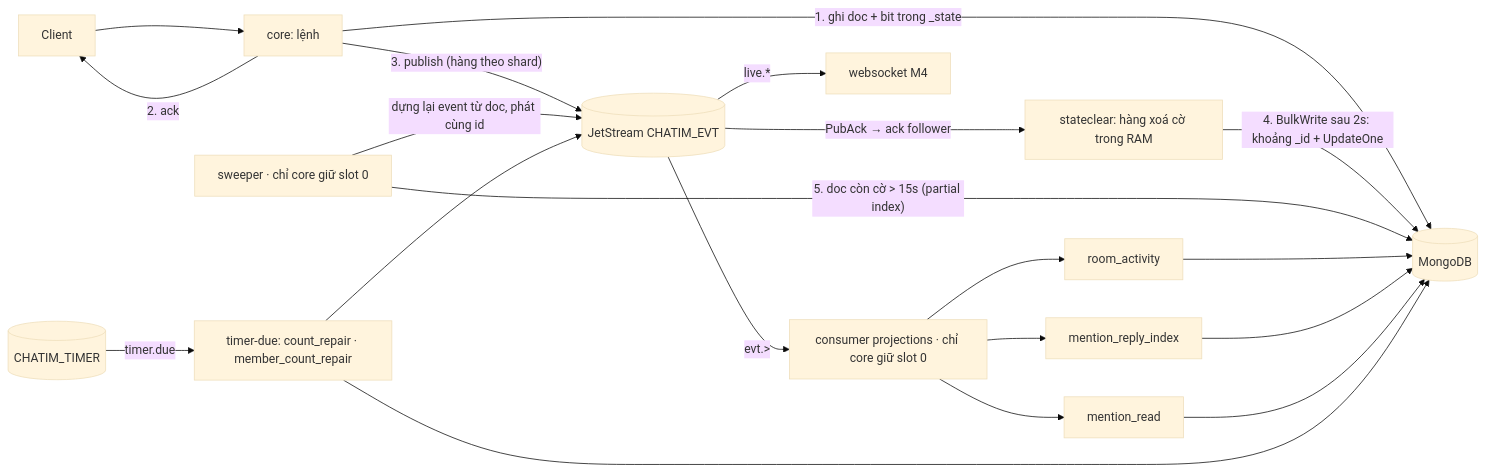
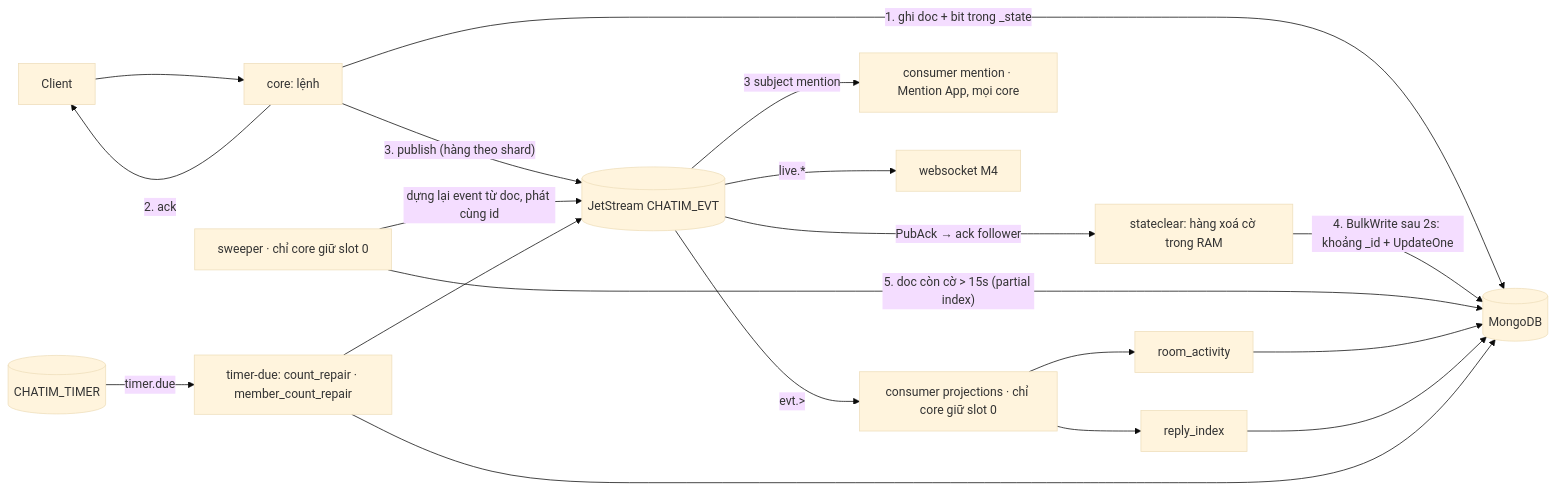
Before and after one commit to ivannguyendev/chatim: the first of 2 diagrams in docs/modules/10-feature-data-reconciliation-and-repair.md, drawn with Mermaid (base theme). The commit also changed other lines of this file and 12 other files, not shown here.

First line of the commit message:
docs: record Mention App as built

````diff
--- a/docs/modules/10-feature-data-reconciliation-and-repair.md
+++ b/docs/modules/10-feature-data-reconciliation-and-repair.md
@@ -25,18 +25,19 @@
 ```mermaid
 flowchart LR
   C[Client] --> G[core: lệnh]
   G -- "1. ghi doc + bit trong _state" --> DB[(MongoDB)]
   G -- "2. ack" --> C
   G -- "3. publish (hàng theo shard)" --> EVT[(JetStream CHATIM_EVT)]
   EVT -- "PubAck → ack follower" --> Q[stateclear: hàng xoá cờ trong RAM]
   Q -- "4. BulkWrite sau 2s: khoảng _id + UpdateOne" --> DB
   S[sweeper · chỉ core giữ slot 0] -- "5. doc còn cờ > 15s (partial index)" --> DB
   S -- "dựng lại event từ doc, phát cùng id" --> EVT
   EVT -- "evt.>" --> P[consumer projections · chỉ core giữ slot 0]
-  P --> P1[room_activity] & P2[mention_reply_index] & P3[mention_read]
-  P1 & P2 & P3 --> DB
+  P --> P1[room_activity] & P2[reply_index]
+  P1 & P2 --> DB
+  EVT -- "3 subject mention" --> MA[consumer mention · Mention App, mọi core]
   EVT -- "live.*" --> W[websocket M4]
   T[(CHATIM_TIMER)] -- timer.due --> R[timer-due: count_repair · member_count_repair]
   R --> DB
   R --> EVT
 ```
````
